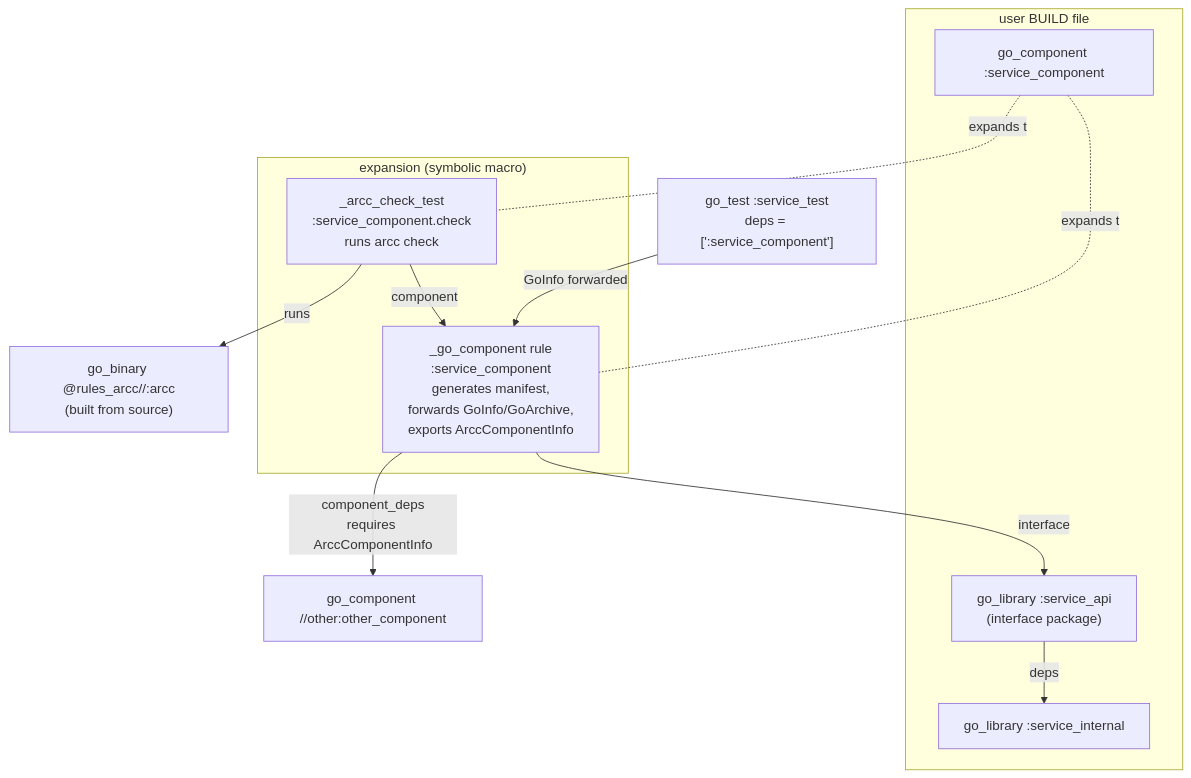
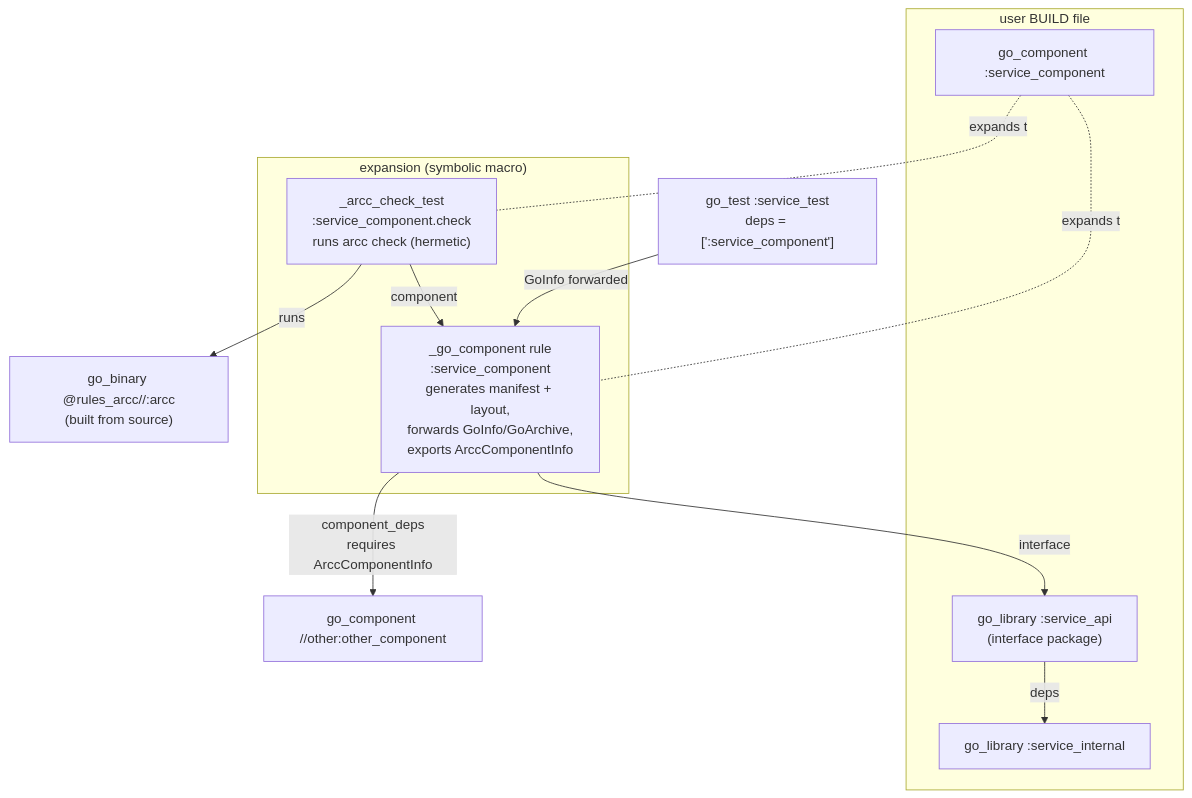
One commit to ono-sendai-labs/architectural-contracts changed the first of 2 diagrams in .agents/planning/2026-07-16-bazel-arcc-rules/design/detailed-design.md. Above: the diagram before and after it, drawn with Mermaid. The commit also changed other lines of this file, not shown here.

Commit message:
docs(plan): rewrite arcc-Bazel design to hermetic-only (drop Phase 1)

````diff
--- a/.agents/planning/2026-07-16-bazel-arcc-rules/design/detailed-design.md
+++ b/.agents/planning/2026-07-16-bazel-arcc-rules/design/detailed-design.md
@@ -40,24 +42,24 @@
 ```mermaid
 graph TD
     subgraph "user BUILD file"
         IF["go_library :service_api<br/>(interface package)"]
         INT["go_library :service_internal"]
         GC["go_component :service_component"]
     end
     subgraph "expansion (symbolic macro)"
-        CR["_go_component rule<br/>:service_component<br/>generates manifest,<br/>forwards GoInfo/GoArchive,<br/>exports ArccComponentInfo"]
-        CT["_arcc_check_test<br/>:service_component.check<br/>runs arcc check"]
+        CR["_go_component rule<br/>:service_component<br/>generates manifest + layout,<br/>forwards GoInfo/GoArchive,<br/>exports ArccComponentInfo"]
+        CT["_arcc_check_test<br/>:service_component.check<br/>runs arcc check (hermetic)"]
     end
     OTHER["go_component //other:other_component"]
     TEST["go_test :service_test<br/>deps = [':service_component']"]
     ARCC["go_binary @rules_arcc//:arcc<br/>(built from source)"]
 
     IF -->|deps| INT
     GC -.expands to.- CR
     GC -.expands to.- CT
     CR -->|interface| IF
     CR -->|component_deps<br/>requires ArccComponentInfo| OTHER
     CT -->|component| CR
     CT -->|runs| ARCC
     TEST -->|GoInfo forwarded| CR
 ```
````
